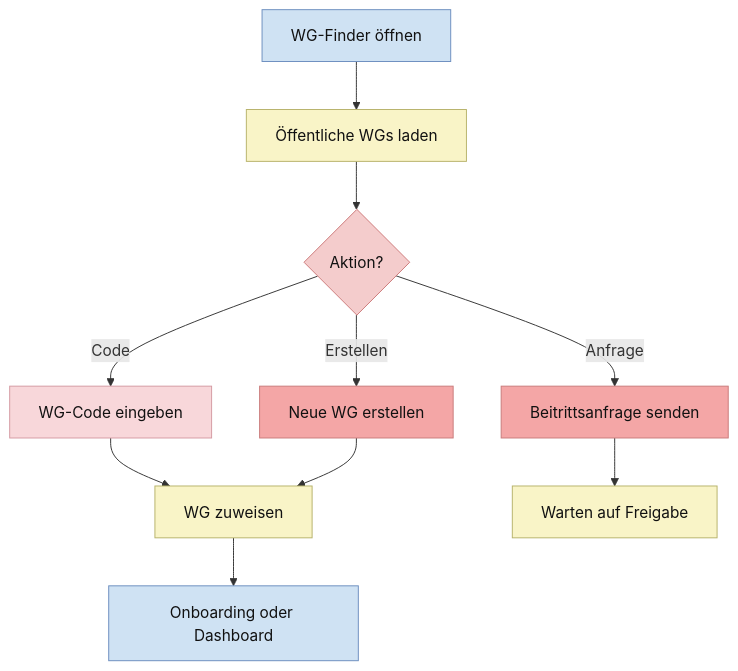
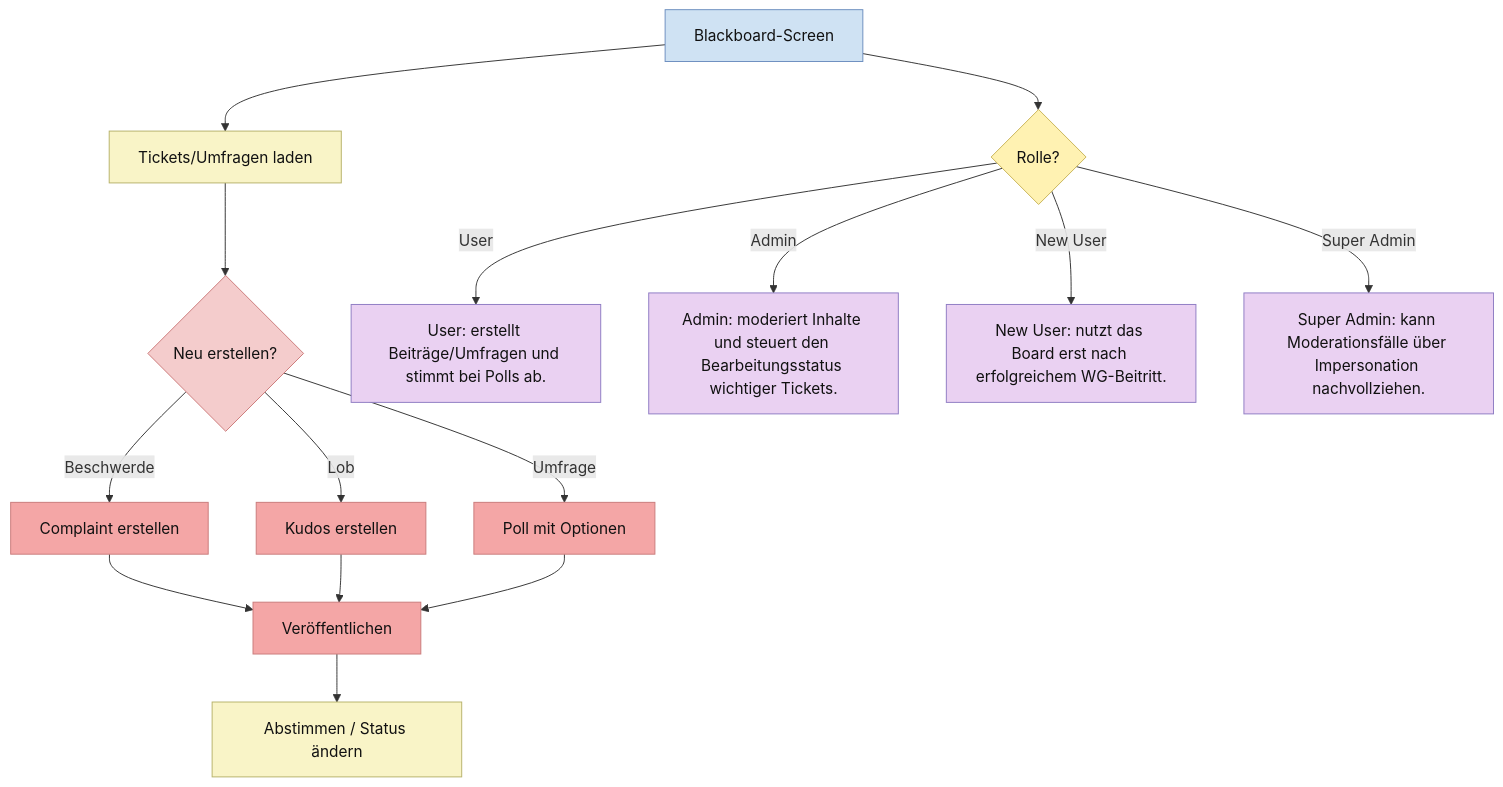
One commit to Nejy190501/WGManager changed diagram 16 of 27 in ABLAUFDIAGRAMM.md. Above: the diagram before and after it, drawn with Mermaid. The commit also changed other lines of this file, not shown here.

````diff
--- a/ABLAUFDIAGRAMM.md
+++ b/ABLAUFDIAGRAMM.md
@@ -584,26 +814,38 @@
 ```mermaid
 flowchart TD
-    A["WG-Finder öffnen"] --> B["Öffentliche WGs laden"]
-    B --> C{"Aktion?"}
-    C -->|Code| D["WG-Code eingeben"]
-    C -->|Anfrage| E["Beitrittsanfrage senden"]
-    C -->|Erstellen| F["Neue WG erstellen"]
-    D --> G["WG zuweisen"]
+    A["Blackboard-Screen"] --> B["Tickets/Umfragen laden"]
+    B --> C{"Neu erstellen?"}
+    C -->|Beschwerde| D["Complaint erstellen"]
+    C -->|Lob| E["Kudos erstellen"]
+    C -->|Umfrage| F["Poll mit Optionen"]
+    D --> G["Veröffentlichen"]
+    E --> G
     F --> G
-    E --> H["Warten auf Freigabe"]
-    G --> I["Onboarding oder Dashboard"]
+    G --> H["Abstimmen / Status ändern"]
+
+
+    A --> RLQ{"Rolle?"}
+    RLU["User: erstellt Beiträge/Umfragen und stimmt bei Polls ab."]
+    RLA["Admin: moderiert Inhalte und steuert den Bearbeitungsstatus wichtiger Tickets."]
+    RLN["New User: nutzt das Board erst nach erfolgreichem WG-Beitritt."]
+    RLS["Super Admin: kann Moderationsfälle über Impersonation nachvollziehen."]
+    RLQ -->|User| RLU
+    RLQ -->|Admin| RLA
+    RLQ -->|New User| RLN
+    RLQ -->|Super Admin| RLS
 
     classDef userAction fill:#ead1f2,stroke:#8e7cc3,color:#111;
     classDef systemAction fill:#f9f4c7,stroke:#b7b26a,color:#111;
     classDef userDecision fill:#f4cccc,stroke:#cc7a7a,color:#111;
     classDef systemDecision fill:#fff2b2,stroke:#c9b458,color:#111;
     classDef button fill:#f4a6a6,stroke:#c97b7b,color:#111;
     classDef userInput fill:#f8d7da,stroke:#d49aa2,color:#111;
     classDef screen fill:#cfe2f3,stroke:#6c8ebf,color:#111;
 
-    class B,G,H systemAction;
+    class B,H systemAction;
     class C userDecision;
-    class E,F button;
-    class D userInput;
-    class A,I screen;
+    class D,E,F,G button;
+    class A screen;
+    class RLQ systemDecision;
+    class RLU,RLA,RLN,RLS userAction;
 ```
````
